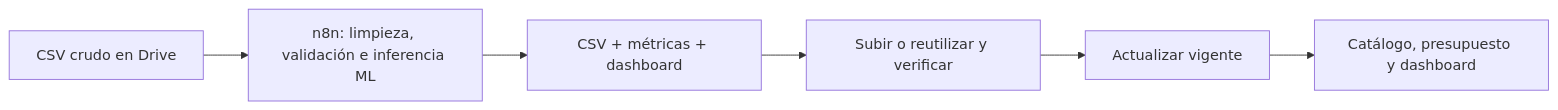
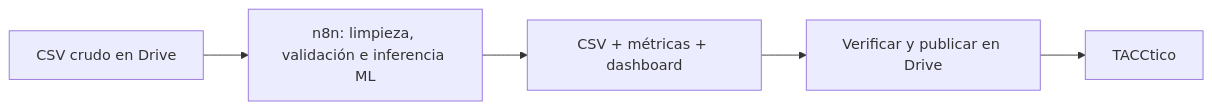
Before and after one commit to Tomas-Gonzalez01/TACCtico: the diagram in README.md, drawn with Mermaid. The commit also changed other lines of this file and 2 other files, not shown here.

````diff
--- a/README.md
+++ b/README.md
@@ -110,8 +29,7 @@
 ```mermaid
 flowchart LR
     A[CSV crudo en Drive] --> B[n8n: limpieza, validación e inferencia ML]
     B --> C[CSV + métricas + dashboard]
-    C --> D[Subir o reutilizar y verificar]
-    D --> E[Actualizar vigente]
-    E --> F[Catálogo, presupuesto y dashboard]
+    C --> D[Verificar y publicar en Drive]
+    D --> E[TACCtico]
 ```
````
